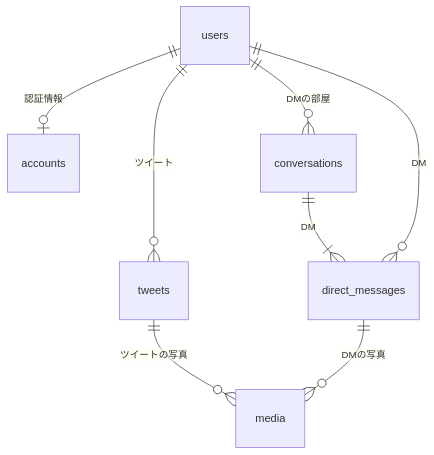
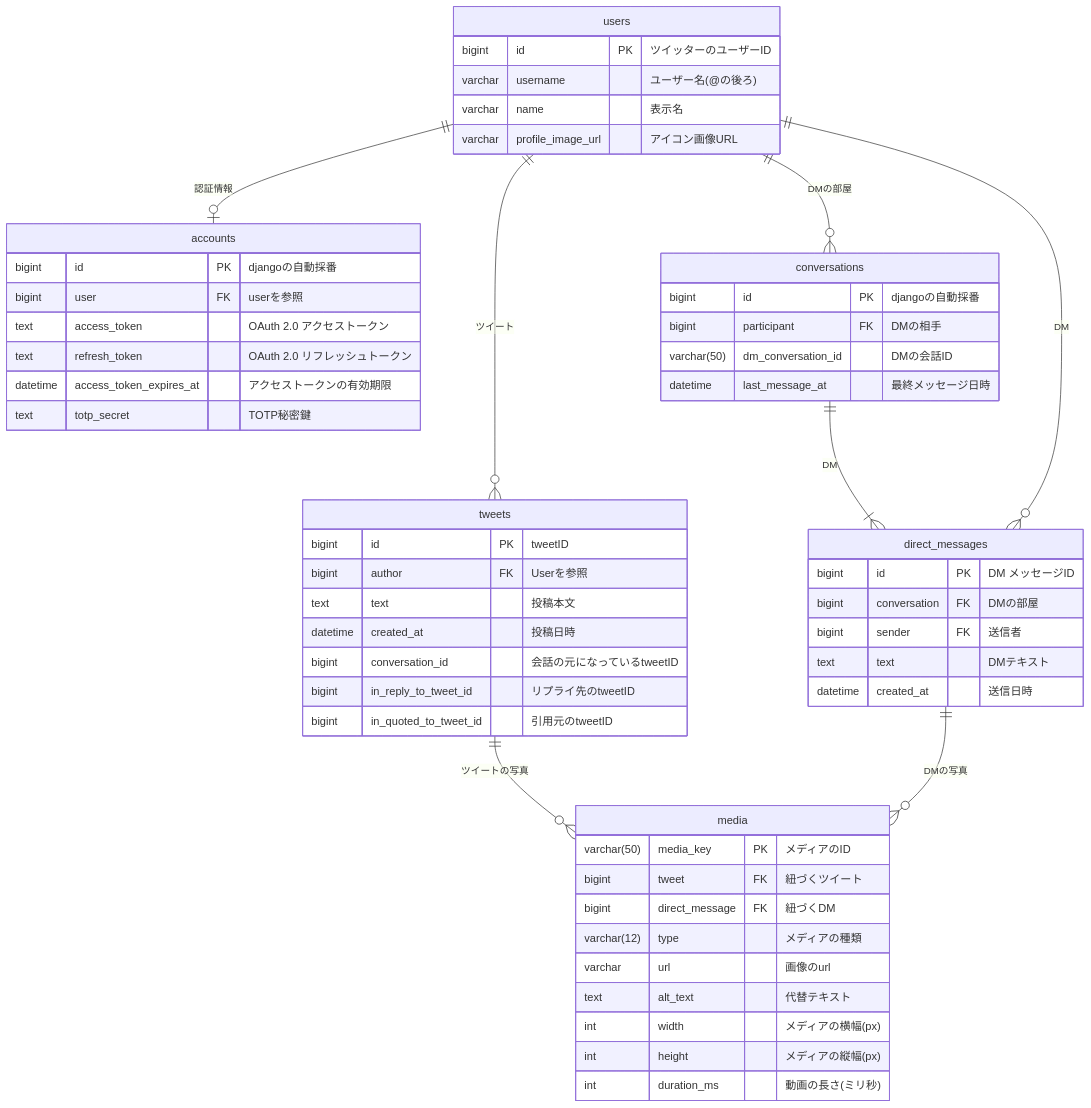
Before and after one commit to Akeno-p/nofeed-twitter: the diagram in docs/design/databese.md, drawn with Mermaid. The commit also changed other lines of this file, not shown here.

Commit message:
docs: update databse design

````diff
--- a/docs/design/databese.md
+++ b/docs/design/databese.md
@@ -5,10 +13,63 @@
 ```mermaid
 erDiagram
     users ||--o| accounts : "認証情報"
     users ||--o{ tweets:"ツイート"
     users ||--o{ conversations:"DMの部屋"
     conversations||--|{ direct_messages:"DM"
     users ||--o{ direct_messages:"DM"
     tweets ||--o{ media:"ツイートの写真"
     direct_messages||--o{ media:"DMの写真"
+
+users{
+    bigint id PK "ツイッターのユーザーID"
+    varchar username "ユーザー名(@の後ろ)"
+    varchar name "表示名"
+    varchar profile_image_url "アイコン画像URL"
+}
+
+accounts{
+    bigint id PK "djangoの自動採番"
+    bigint user FK "userを参照"
+    text access_token "OAuth 2.0 アクセストークン"
+    text refresh_token "OAuth 2.0 リフレッシュトークン"
+    datetime access_token_expires_at "アクセストークンの有効期限"
+    text totp_secret "TOTP秘密鍵"
+}
+
+tweets{
+    bigint id PK "tweetID"
+    bigint author FK "Userを参照"
+    text text "投稿本文"
+    datetime created_at "投稿日時"
+    bigint conversation_id "会話の元になっているtweetID"
+    bigint in_reply_to_tweet_id "リプライ先のtweetID"
+    bigint in_quoted_to_tweet_id "引用元のtweetID"
+    }
+
+conversations{
+    bigint id PK "djangoの自動採番"
+    bigint participant FK "DMの相手"
+    varchar(50) dm_conversation_id "DMの会話ID"
+    datetime last_message_at "最終メッセージ日時"
+}
+
+direct_messages{
+    bigint id PK "DM メッセージID"
+    bigint conversation FK "DMの部屋"
+    bigint sender FK "送信者"
+    text text "DMテキスト"
+    datetime created_at "送信日時"
+}
+
+media{
+    varchar(50) media_key PK "メディアのID"
+    bigint tweet FK "紐づくツイート"
+    bigint direct_message FK "紐づくDM"
+    varchar(12) type "メディアの種類"
+    varchar url "画像のurl"
+    text alt_text "代替テキスト"
+    int width "メディアの横幅(px)"
+    int height "メディアの縦幅(px)"
+    int duration_ms "動画の長さ(ミリ秒)"
+}
 ```
````
